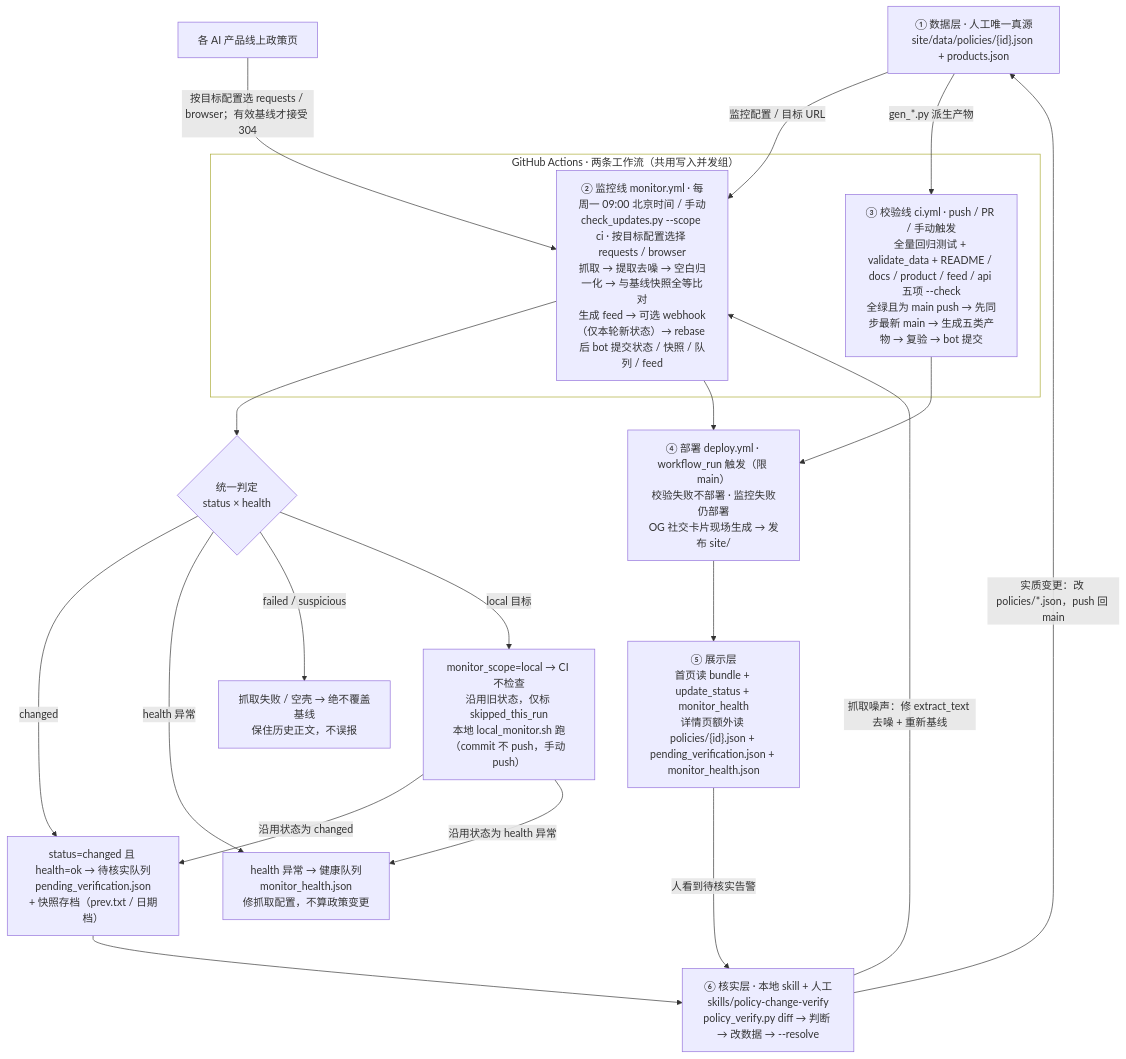
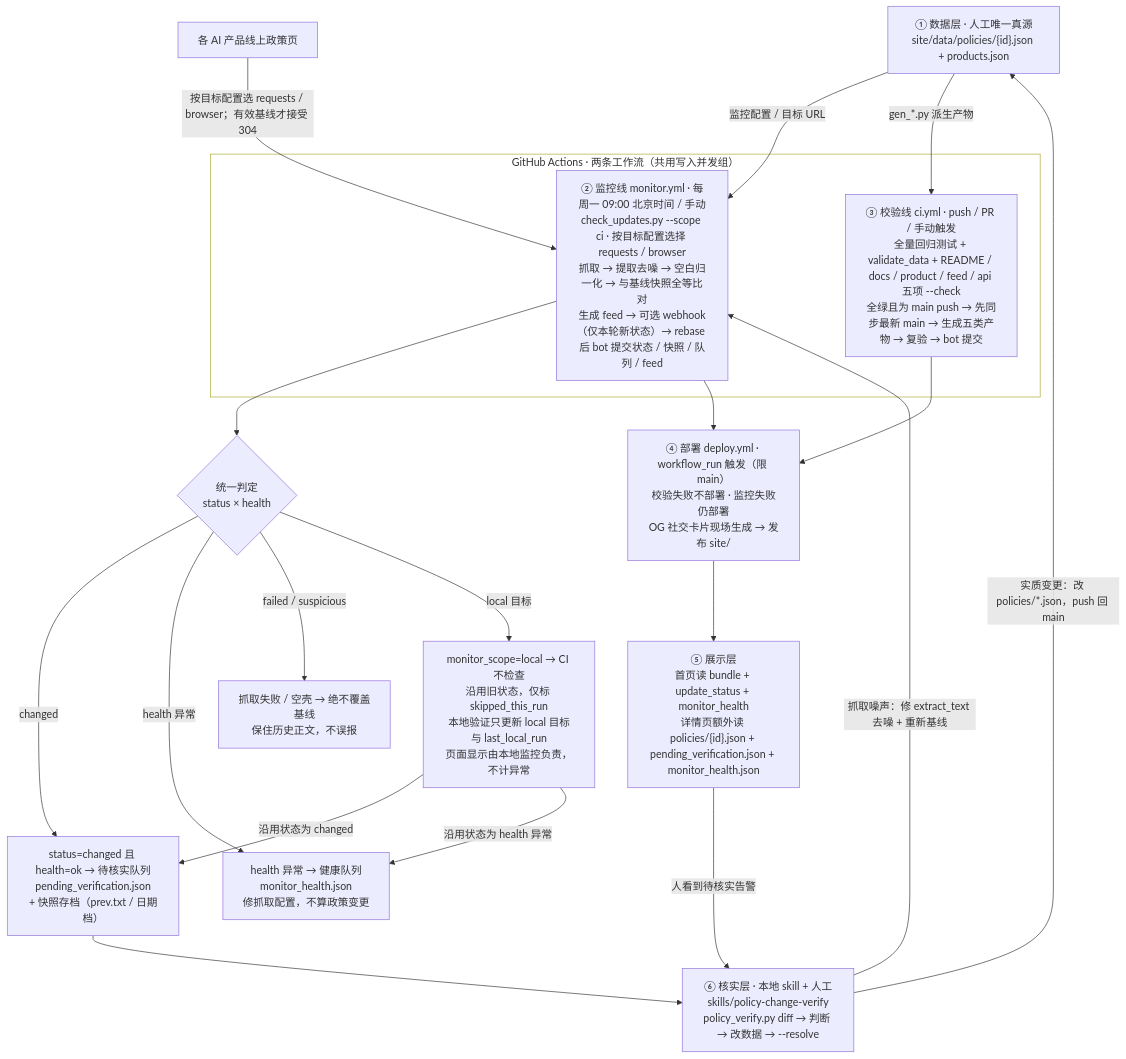
Before and after one commit to 838860610/ai-policy-tracker: the diagram in docs/architecture.md, drawn with Mermaid. The commit also changed 73 other files, not shown here.

````diff
--- a/docs/architecture.md
+++ b/docs/architecture.md
@@ -9,42 +9,42 @@
 ```mermaid
 flowchart TD
     SRC["① 数据层 · 人工唯一真源<br/>site/data/policies/{id}.json + products.json"]
     PAGES["各 AI 产品线上政策页"]
 
     subgraph ACTIONS["GitHub Actions · 两条工作流（共用写入并发组）"]
         MON["② 监控线 monitor.yml · 每周一 09:00 北京时间 / 手动<br/>check_updates.py --scope ci · 按目标配置选择 requests / browser<br/>抓取 → 提取去噪 → 空白归一化 → 与基线快照全等比对<br/>生成 feed → 可选 webhook（仅本轮新状态）→ rebase 后 bot 提交状态 / 快照 / 队列 / feed"]
         CI["③ 校验线 ci.yml · push / PR / 手动触发<br/>全量回归测试 + validate_data + README / docs / product / feed / api 五项 --check<br/>全绿且为 main push → 先同步最新 main → 生成五类产物 → 复验 → bot 提交"]
     end
 
     AXIS{"统一判定<br/>status × health"}
     B1["status=changed 且 health=ok → 待核实队列<br/>pending_verification.json<br/>+ 快照存档（prev.txt / 日期档）"]
     B2["health 异常 → 健康队列<br/>monitor_health.json<br/>修抓取配置，不算政策变更"]
     B3["抓取失败 / 空壳 → 绝不覆盖基线<br/>保住历史正文，不误报"]
-    B4["monitor_scope=local → CI 不检查<br/>沿用旧状态，仅标 skipped_this_run<br/>本地 local_monitor.sh 跑（commit 不 push，手动 push）"]
+    B4["monitor_scope=local → CI 不检查<br/>沿用旧状态，仅标 skipped_this_run<br/>本地验证只更新 local 目标与 last_local_run<br/>页面显示由本地监控负责，不计异常"]
 
     DEPLOY["④ 部署 deploy.yml · workflow_run 触发（限 main）<br/>校验失败不部署 · 监控失败仍部署<br/>OG 社交卡片现场生成 → 发布 site/"]
     SITE["⑤ 展示层<br/>首页读 bundle + update_status + monitor_health<br/>详情页额外读 policies/{id}.json + pending_verification.json + monitor_health.json"]
     VERIFY["⑥ 核实层 · 本地 skill + 人工<br/>skills/policy-change-verify<br/>policy_verify.py diff → 判断 → 改数据 → --resolve"]
 
     PAGES -->|"按目标配置选 requests / browser；有效基线才接受 304"| MON
     SRC -->|"监控配置 / 目标 URL"| MON
     SRC -->|"gen_*.py 派生产物"| CI
 
     MON --> AXIS
     AXIS -->|"changed"| B1
     AXIS -->|"health 异常"| B2
     AXIS -->|"failed / suspicious"| B3
     AXIS -->|"local 目标"| B4
 
     B1 --> VERIFY
     B4 -->|"沿用状态为 changed"| B1
     B4 -->|"沿用状态为 health 异常"| B2
     MON --> DEPLOY
     CI --> DEPLOY
     DEPLOY --> SITE
     SITE -->|"人看到待核实告警"| VERIFY
     VERIFY -->|"实质变更：改 policies/*.json，push 回 main"| SRC
     VERIFY -->|"抓取噪声：修 extract_text 去噪 + 重新基线"| MON
 
     style ACTIONS fill:none
 ```
````
